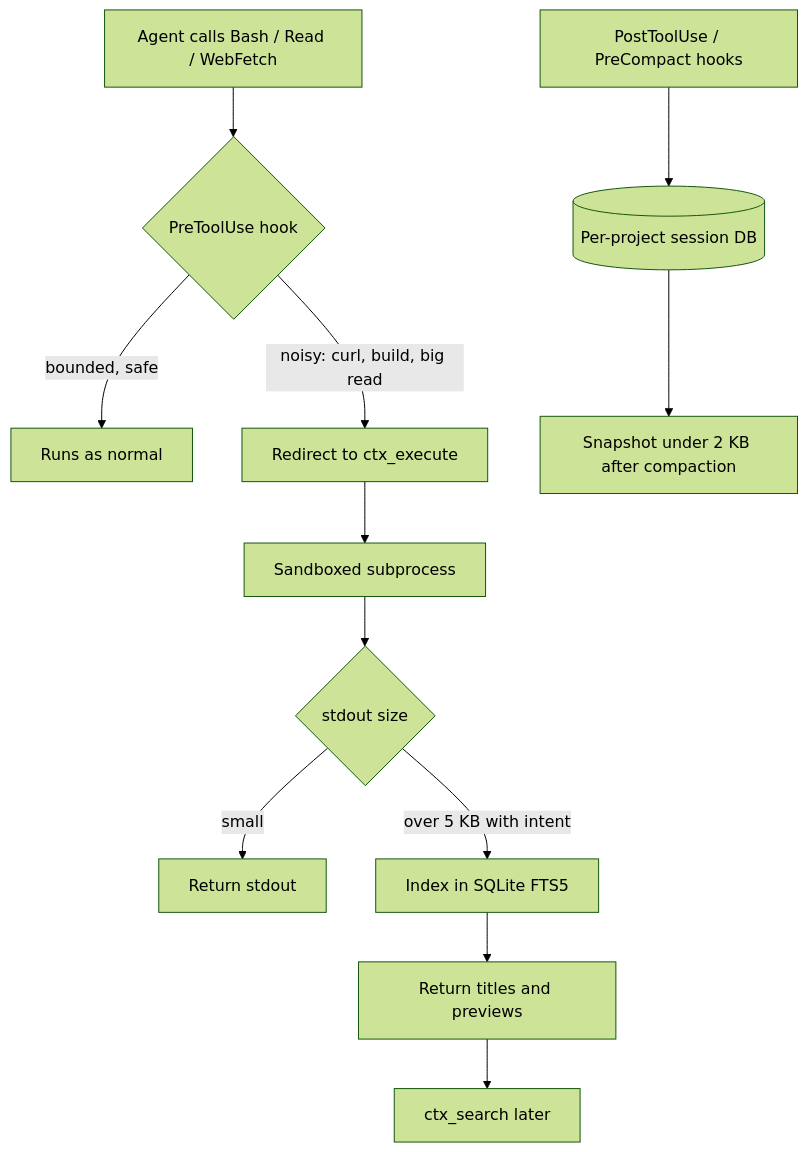
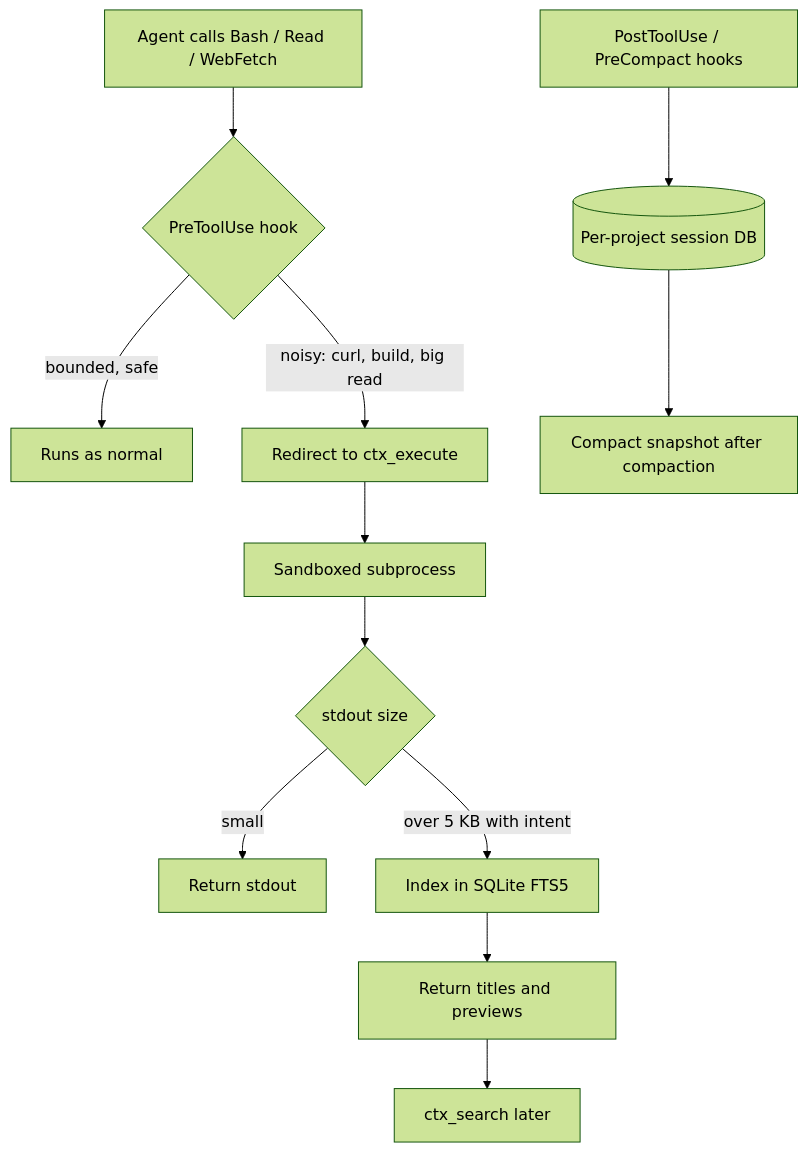
One commit to VRSupriya/thevoyager.dev changed the diagram in src/content/dives/github/2026-10-23.md. Above: the diagram before and after it, drawn with Mermaid (forest theme). The commit also changed other lines of this file and 21 other files, not shown here.

````diff
--- a/src/content/dives/github/2026-10-23.md
+++ b/src/content/dives/github/2026-10-23.md
@@ -50,14 +53,14 @@
 ```mermaid
 flowchart TD
     A[Agent calls Bash / Read / WebFetch] --> B{PreToolUse hook}
     B -->|bounded, safe| C[Runs as normal]
     B -->|noisy: curl, build, big read| D[Redirect to ctx_execute]
     D --> E[Sandboxed subprocess]
     E --> F{stdout size}
     F -->|small| G[Return stdout]
     F -->|over 5 KB with intent| H[Index in SQLite FTS5]
     H --> I[Return titles and previews]
     I --> J[ctx_search later]
     K[PostToolUse / PreCompact hooks] --> L[(Per-project session DB)]
-    L --> M[Snapshot under 2 KB after compaction]
+    L --> M[Compact snapshot after compaction]
 ```
````
